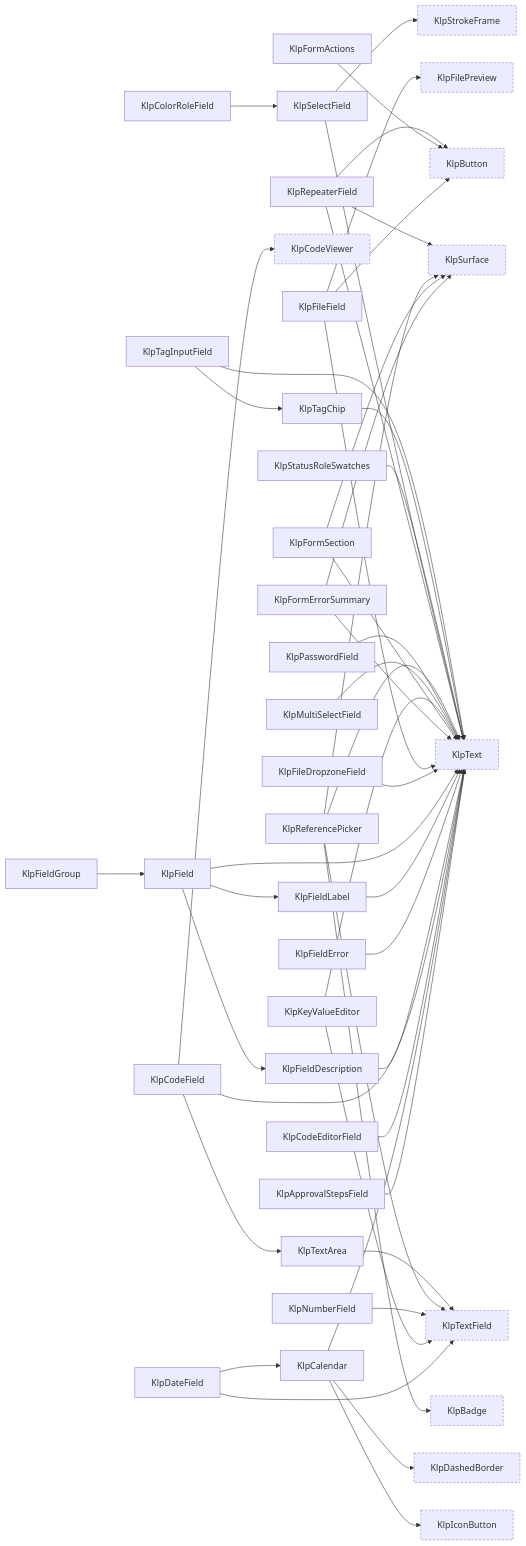
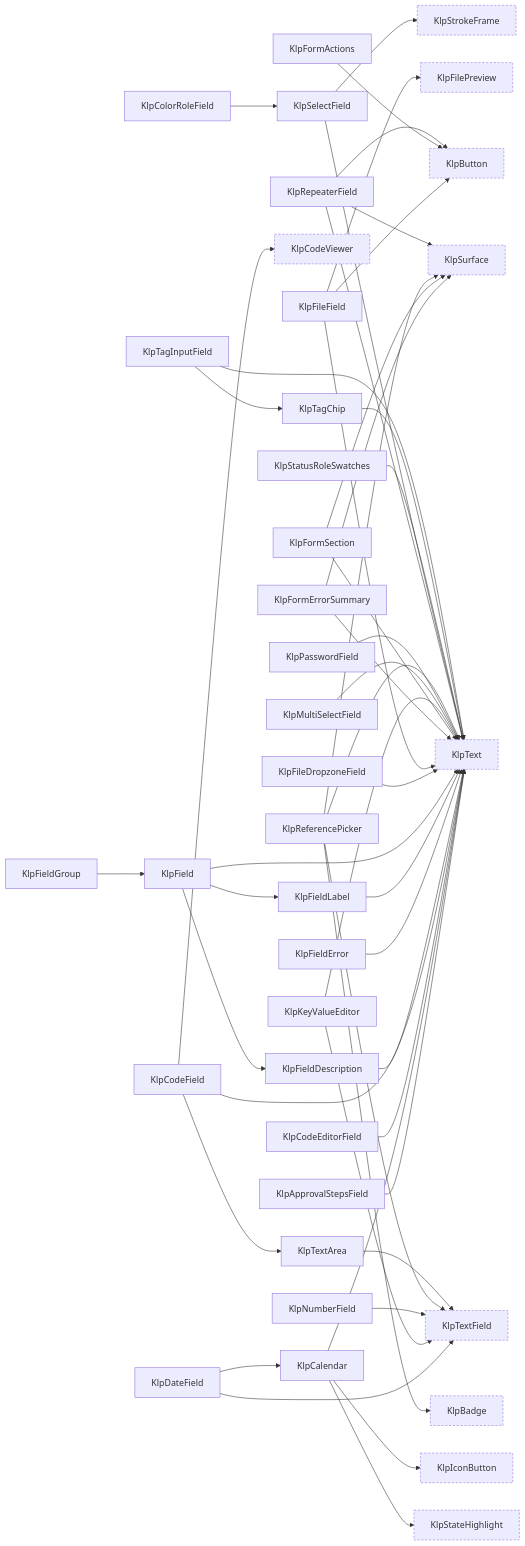
The tenth of 17 diagrams in spec/component-inventory.md (MiuDog/Kallopis), drawn with Mermaid before and after one commit. The commit also changed other lines of this file and 73 other files, not shown here.

First line of the commit message:
refactor(interaction): one hover vocabulary, and it is a highlight not a border

```diff
--- a/spec/component-inventory.md
+++ b/spec/component-inventory.md
@@ -674,7 +672,6 @@
   KlpCodeField["KlpCodeField"]
   KlpCodeViewer["KlpCodeViewer"]:::external
   KlpColorRoleField["KlpColorRoleField"]
-  KlpDashedBorder["KlpDashedBorder"]:::external
   KlpDateField["KlpDateField"]
   KlpField["KlpField"]
   KlpFieldDescription["KlpFieldDescription"]
@@ -695,6 +692,7 @@
   KlpReferencePicker["KlpReferencePicker"]
   KlpRepeaterField["KlpRepeaterField"]
   KlpSelectField["KlpSelectField"]
+  KlpStateHighlight["KlpStateHighlight"]:::external
   KlpStatusRoleSwatches["KlpStatusRoleSwatches"]
   KlpStrokeFrame["KlpStrokeFrame"]:::external
   KlpSurface["KlpSurface"]:::external
@@ -704,8 +702,8 @@
   KlpTextArea["KlpTextArea"]
   KlpTextField["KlpTextField"]:::external
   KlpApprovalStepsField --> KlpText
-  KlpCalendar --> KlpDashedBorder
   KlpCalendar --> KlpIconButton
+  KlpCalendar --> KlpStateHighlight
   KlpCalendar --> KlpText
   KlpCodeEditorField --> KlpText
   KlpCodeField --> KlpCodeViewer
```
